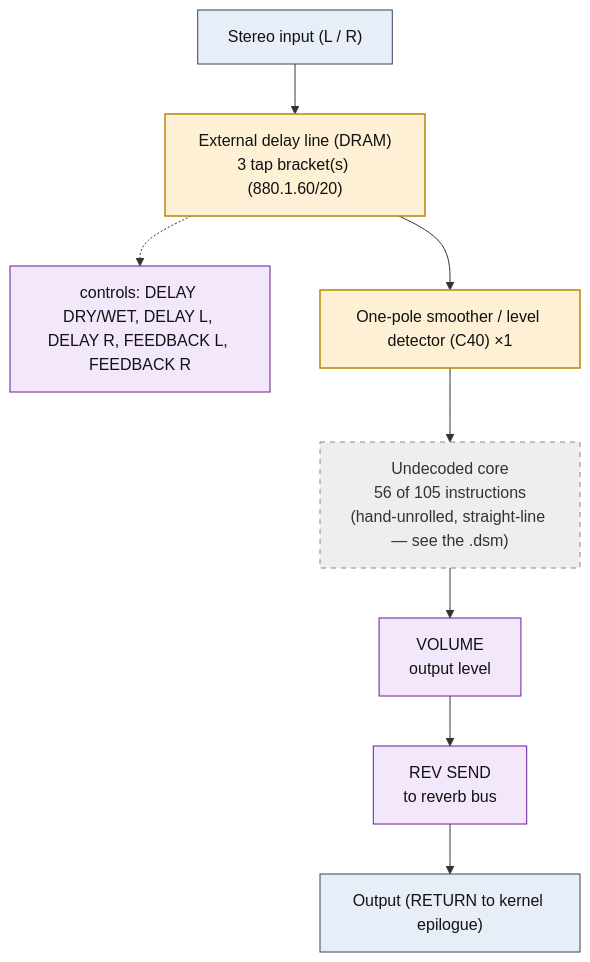
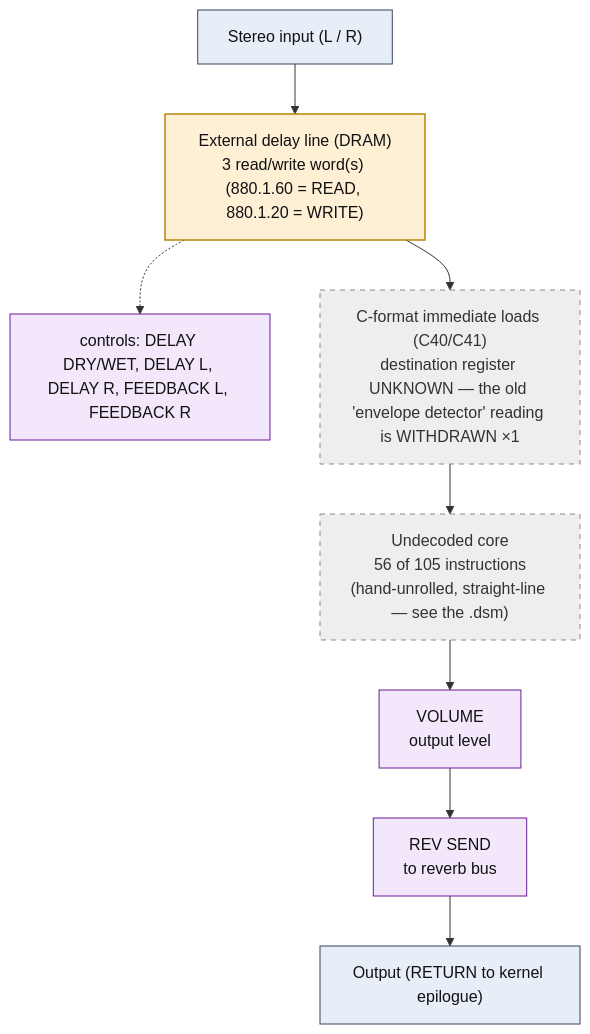
The diagram in dsp/flowcharts/prog70_auto_wah_s_delay.md (ArqueologiaDigital/kn5000-roms-disasm), drawn with Mermaid before and after one commit. The commit also changed other lines of this file and 86 other files, not shown here.

````diff
--- a/dsp/flowcharts/prog70_auto_wah_s_delay.md
+++ b/dsp/flowcharts/prog70_auto_wah_s_delay.md
@@ -12,29 +12,29 @@
 ```mermaid
 flowchart TD
     N0["Stereo input (L / R)"]
-    N1["External delay line (DRAM)<br/>3 tap bracket(s) (880.1.60/20)"]
+    N1["External delay line (DRAM)<br/>3 read/write word(s) (880.1.60 = READ, 880.1.20 = WRITE)"]
     N0 --> N1
     N2["controls: DELAY DRY/WET, DELAY L, DELAY R, FEEDBACK L, FEEDBACK R"]
     N1 -.-> N2
-    N3["One-pole smoother / level detector (C40) &times;1"]
+    N3["C-format immediate loads (C40/C41)<br/>destination register UNKNOWN &mdash; the old 'envelope detector' reading is WITHDRAWN &times;1"]
     N1 --> N3
     N4["Undecoded core<br/>56 of 105 instructions<br/>(hand-unrolled, straight-line &mdash; see the .dsm)"]
     N3 --> N4
     N5["VOLUME<br/>output level"]
     N4 --> N5
     N6["REV SEND<br/>to reverb bus"]
     N5 --> N6
     N7["Output (RETURN to kernel epilogue)"]
     N6 --> N7
 
     classDef io fill:#e8eef7,stroke:#33475b,stroke-width:1px,color:#111;
     classDef proven fill:#d7f0d7,stroke:#2e7d32,stroke-width:2px,color:#111;
     classDef measured fill:#dbe9fb,stroke:#1565c0,stroke-width:1.5px,color:#111;
     classDef inferred fill:#fdf0d5,stroke:#b8860b,stroke-width:1.5px,color:#111;
     classDef open fill:#eeeeee,stroke:#888,stroke-width:1px,color:#333,stroke-dasharray:5 5;
     classDef ctrl fill:#f3e8fb,stroke:#6a1b9a,stroke-width:1px,color:#111;
     class N0,N7 io;
-    class N1,N3 inferred;
+    class N1 inferred;
     class N2,N5,N6 ctrl;
-    class N4 open;
+    class N3,N4 open;
 ```
````
